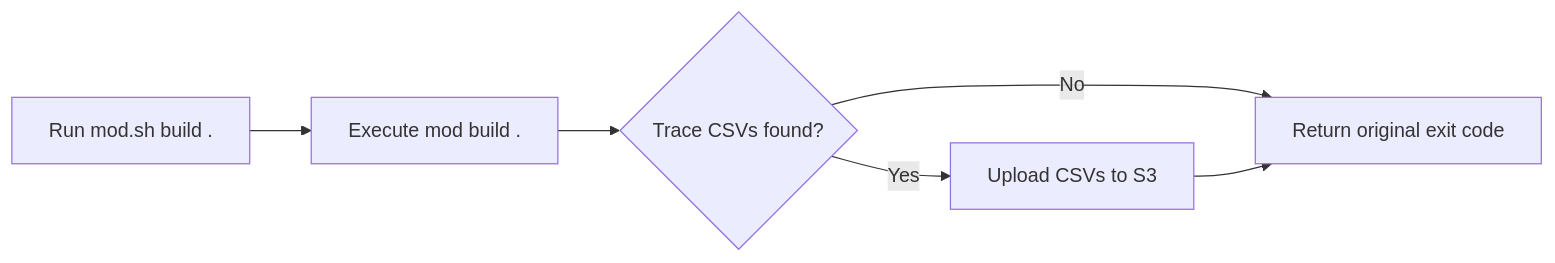
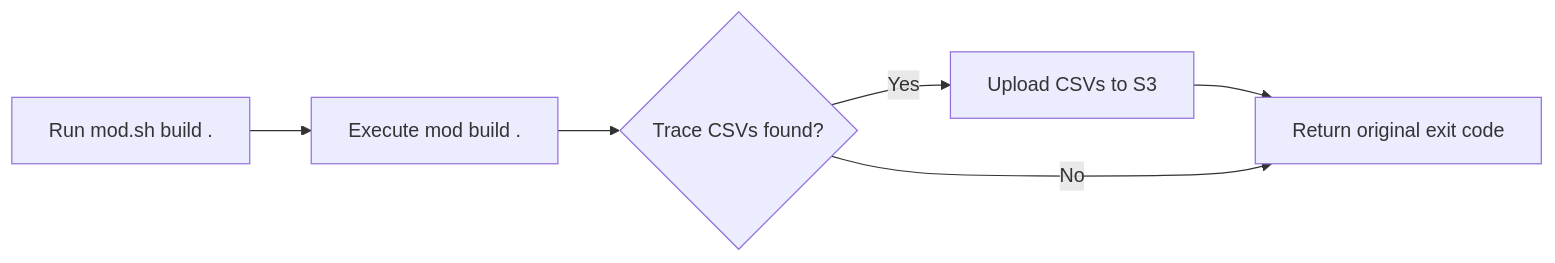
One commit to moderneinc/moderne-docs changed the diagram in docs/user-documentation/moderne-cli/how-to-guides/cli-telemetry-s3-export.md. Above: the diagram before and after it, drawn with Mermaid.

Commit message:
Fix mermaid flowchart layout for cleaner rendering
Place the Yes path on the main horizontal axis so the No branch
arcs below cleanly instead of jogging above.

````diff
--- a/docs/user-documentation/moderne-cli/how-to-guides/cli-telemetry-s3-export.md
+++ b/docs/user-documentation/moderne-cli/how-to-guides/cli-telemetry-s3-export.md
@@ -34,8 +34,7 @@
 ```mermaid
 flowchart LR
     A["Run mod.sh build ."] --> B["Execute mod build ."]
     B --> C{"Trace CSVs found?"}
-    C -->|Yes| D["Upload CSVs to S3"]
-    C -->|No| E["Return original exit code"]
-    D --> E
+    C -->|Yes| D["Upload CSVs to S3"] --> E["Return original exit code"]
+    C -->|No| E
 ```
````
